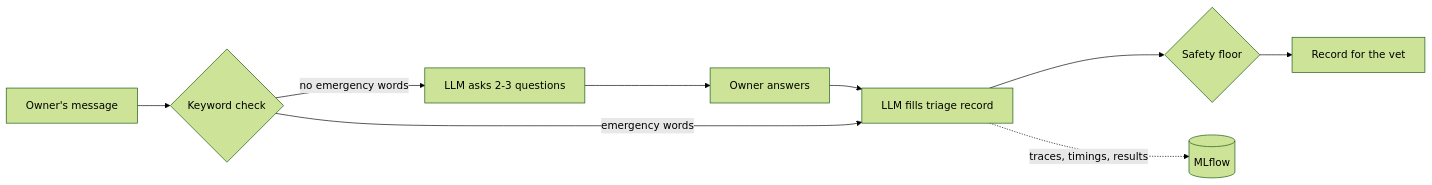
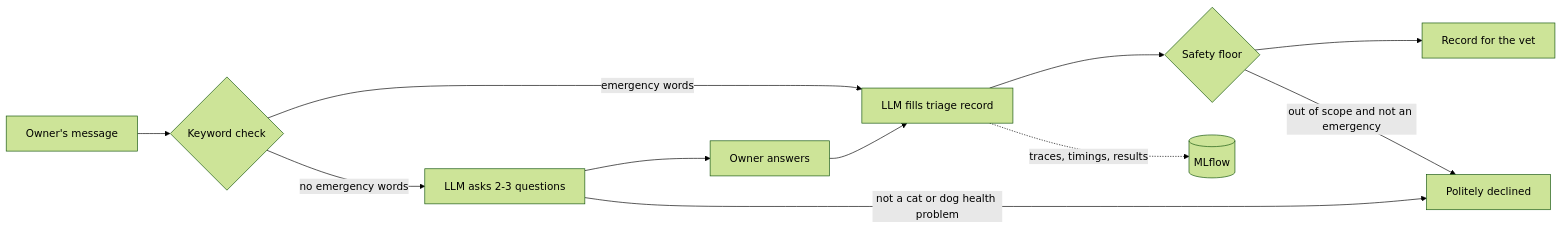
The diagram in README.md (BenjaminIsaac0111/pet-triage-demo), drawn with Mermaid (forest theme) before and after one commit. The commit also changed other lines of this file and 5 other files, not shown here.

````diff
--- a/README.md
+++ b/README.md
@@ -11,11 +11,13 @@
 ```mermaid
 graph LR
     A[Owner's message] --> B{Keyword check}
     B -- no emergency words --> C[LLM asks 2-3 questions]
     C --> D[Owner answers]
     D --> E[LLM fills triage record]
     B -- emergency words --> E
     E --> F{Safety floor}
     F --> G[Record for the vet]
+    C -- not a cat or dog health problem --> X[Politely declined]
+    F -- out of scope and not an emergency --> X
     E -. traces, timings, results .-> H[(MLflow)]
 ```
````
